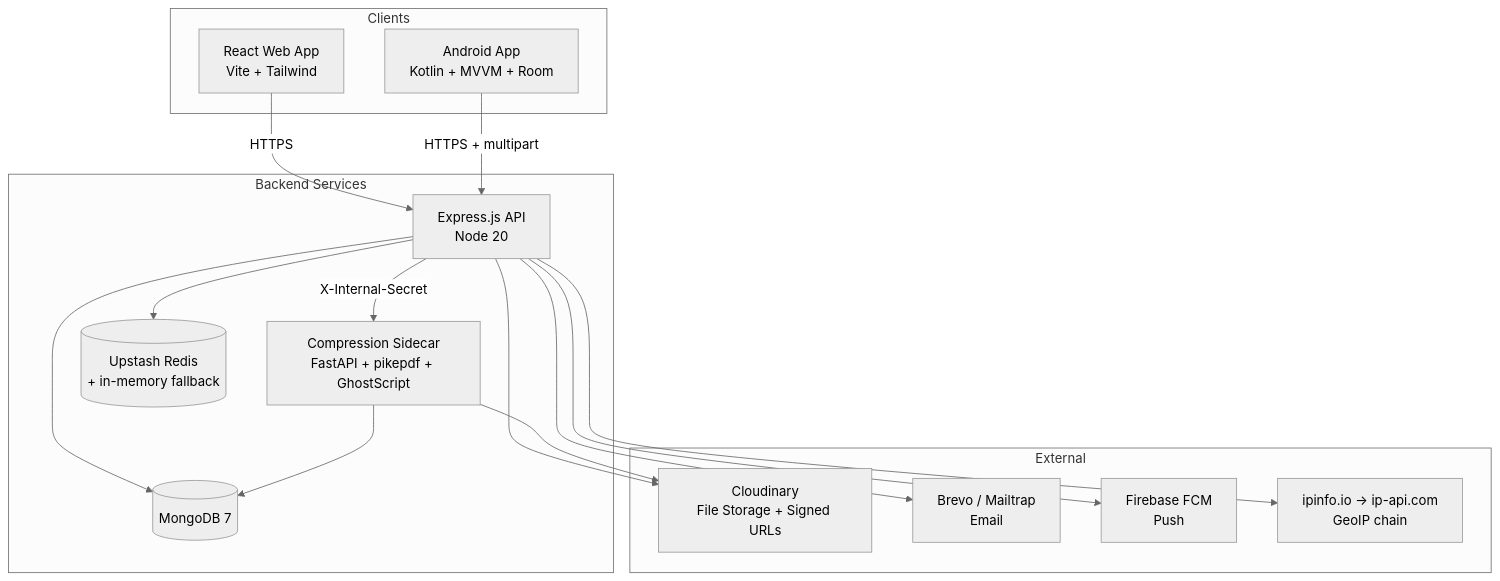
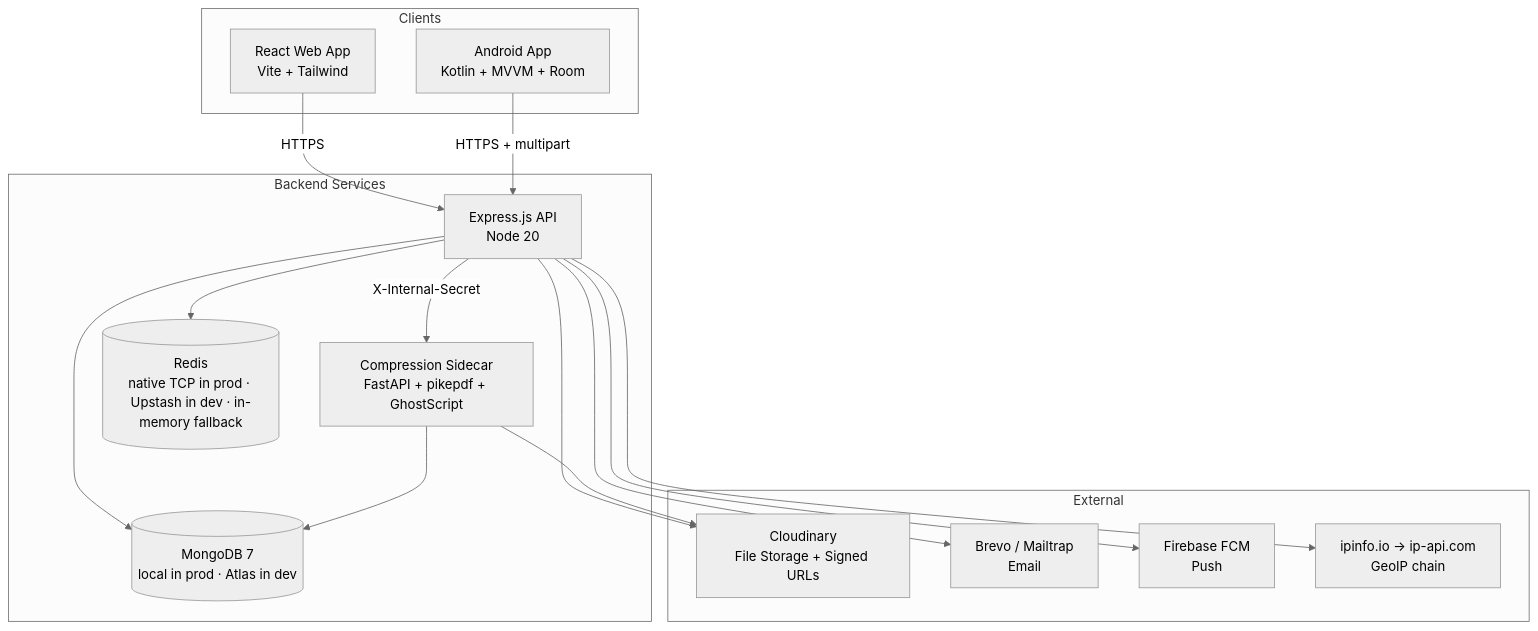
One commit to urvagandhi/Hospital-Management changed the first of 4 diagrams in README.md. Above: the diagram before and after it, drawn with Mermaid (neutral theme). The commit also changed other lines of this file and 15 other files, not shown here.

````diff
--- a/README.md
+++ b/README.md
@@ -11,33 +11,33 @@
 ```mermaid
 graph TB
     subgraph Clients
         WEB[React Web App<br/>Vite + Tailwind]
         ANDROID[Android App<br/>Kotlin + MVVM + Room]
     end
 
     subgraph "Backend Services"
         API[Express.js API<br/>Node 20]
         SIDECAR[Compression Sidecar<br/>FastAPI + pikepdf + GhostScript]
-        MONGO[(MongoDB 7)]
-        REDIS[(Upstash Redis<br/>+ in-memory fallback)]
+      MONGO[(MongoDB 7<br/>local in prod · Atlas in dev)]
+      REDIS[(Redis<br/>native TCP in prod · Upstash in dev · in-memory fallback)]
     end
 
     subgraph "External"
         CLOUDINARY[Cloudinary<br/>File Storage + Signed URLs]
         BREVO[Brevo / Mailtrap<br/>Email]
         FCM[Firebase FCM<br/>Push]
         GEOIP[ipinfo.io → ip-api.com<br/>GeoIP chain]
     end
 
     WEB -->|HTTPS| API
     ANDROID -->|HTTPS + multipart| API
     API --> MONGO
     API --> REDIS
     API --> CLOUDINARY
     API --> BREVO
     API --> FCM
     API --> GEOIP
     API -->|X-Internal-Secret| SIDECAR
     SIDECAR --> CLOUDINARY
     SIDECAR --> MONGO
 ```
````
